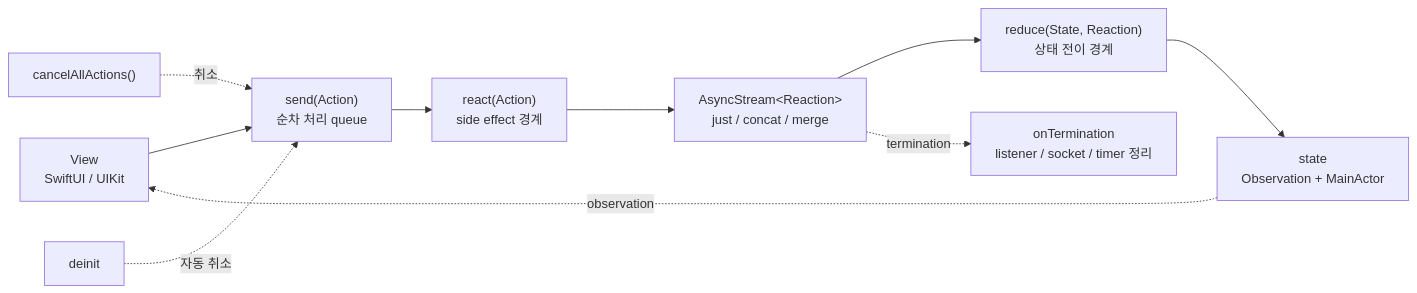
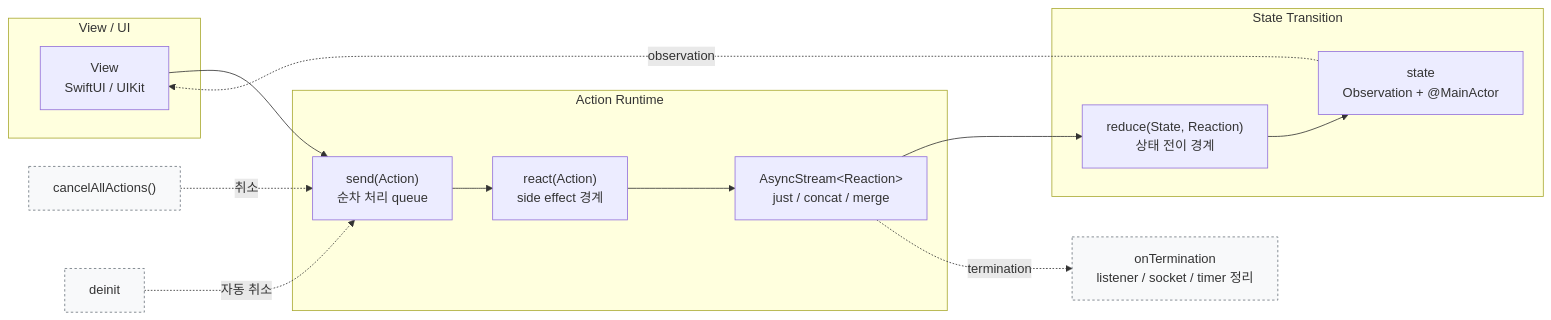
One commit to indextrown/Compound changed the diagram in README.md. Above: the diagram before and after it, drawn with Mermaid. The commit also changed other lines of this file, not shown here.

Commit message:
docs: Readme update

````diff
--- a/README.md
+++ b/README.md
@@ -376,24 +384,35 @@
 ```mermaid
 flowchart LR
-    View["View<br/>SwiftUI / UIKit"]
-    Send["send(Action)<br/>순차 처리 queue"]
-    React["react(Action)<br/>side effect 경계"]
-    Stream["AsyncStream&lt;Reaction&gt;<br/>just / concat / merge"]
-    Reduce["reduce(State, Reaction)<br/>상태 전이 경계"]
-    State["state<br/>Observation + MainActor"]
+    subgraph UI[View / UI]
+        View["View<br/>SwiftUI / UIKit"]
+    end
+
+    subgraph Runtime[Action Runtime]
+        Send["send(Action)<br/>순차 처리 queue"]
+        React["react(Action)<br/>side effect 경계"]
+        Stream["AsyncStream&lt;Reaction&gt;<br/>just / concat / merge"]
+    end
+
+    subgraph Reducer[State Transition]
+        Reduce["reduce(State, Reaction)<br/>상태 전이 경계"]
+        State["state<br/>Observation + @MainActor"]
+    end
 
     View --> Send
     Send --> React
     React --> Stream
     Stream --> Reduce
     Reduce --> State
     State -. observation .-> View
 
     Cancel["cancelAllActions()"]
     Lifetime["deinit"]
     Cleanup["onTermination<br/>listener / socket / timer 정리"]
 
     Cancel -. 취소 .-> Send
     Lifetime -. 자동 취소 .-> Send
     Stream -. termination .-> Cleanup
+
+    classDef lifecycle fill:#f8f9fa,stroke:#6c757d,stroke-dasharray: 3 3;
+    class Cancel,Lifetime,Cleanup lifecycle;
 ```
````
